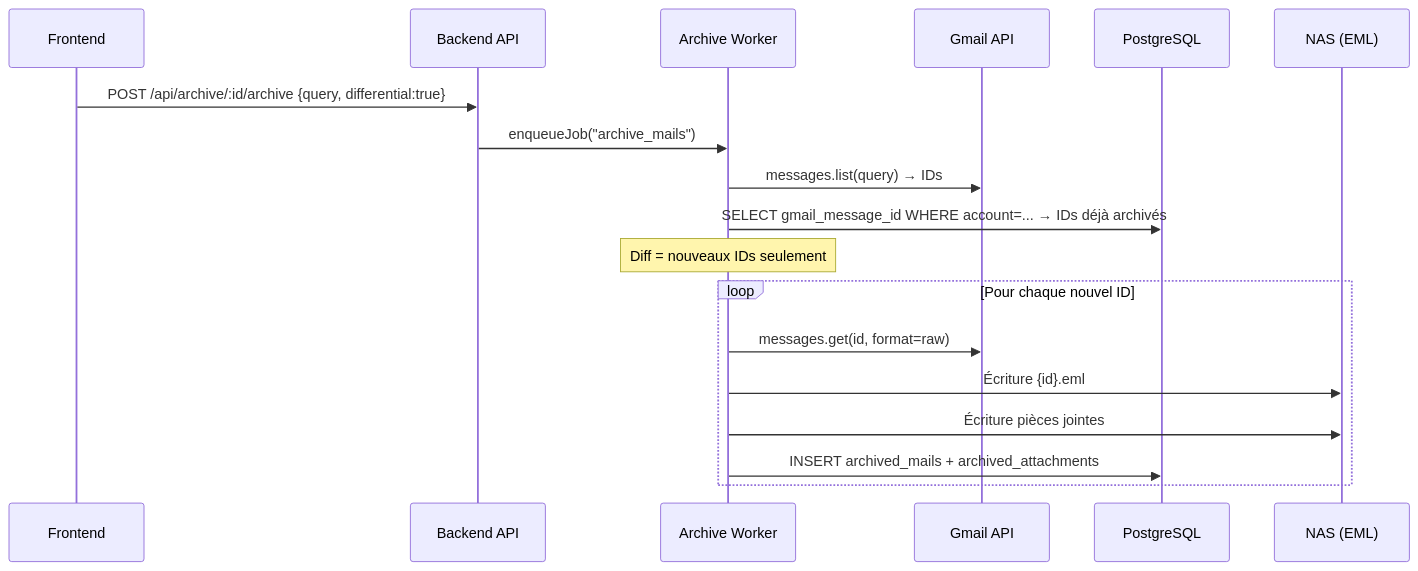
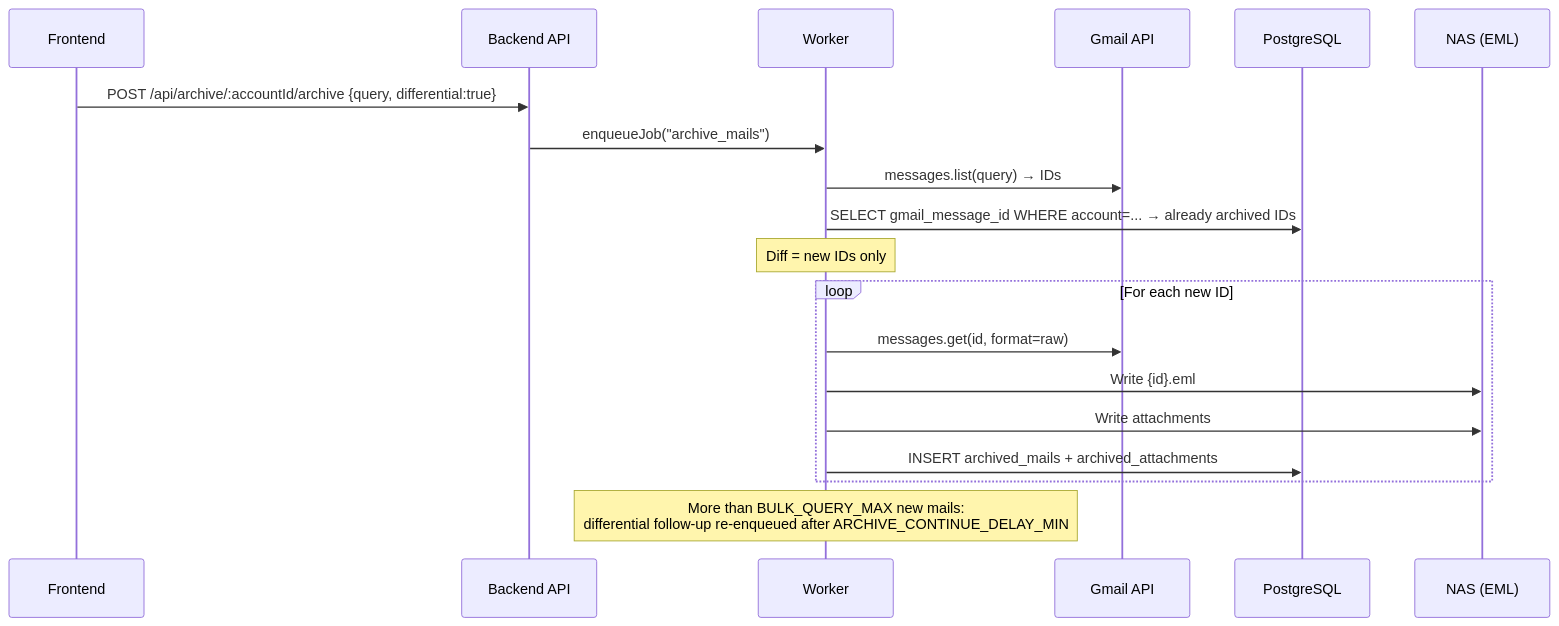
One commit to Le-Nid/nid changed the third of 4 diagrams in docs/en/technical/overview.md. Above: the diagram before and after it, drawn with Mermaid. The commit also changed other lines of this file and 13 other files, not shown here.

First line of the commit message:
docs(technical): align architecture pages with the current code

````diff
--- a/docs/en/technical/overview.md
+++ b/docs/en/technical/overview.md
@@ -68,23 +72,24 @@
 ```mermaid
 sequenceDiagram
     participant UI as Frontend
     participant API as Backend API
-    participant Worker as Archive Worker
+    participant Worker as Worker
     participant Gmail as Gmail API
     participant PG as PostgreSQL
     participant NAS as NAS (EML)
 
-    UI->>API: POST /api/archive/:id/archive {query, differential:true}
+    UI->>API: POST /api/archive/:accountId/archive {query, differential:true}
     API->>Worker: enqueueJob("archive_mails")
-    
+
     Worker->>Gmail: messages.list(query) → IDs
-    Worker->>PG: SELECT gmail_message_id WHERE account=... → IDs déjà archivés
-    Note over Worker: Diff = nouveaux IDs seulement
-    
-    loop Pour chaque nouvel ID
+    Worker->>PG: SELECT gmail_message_id WHERE account=... → already archived IDs
+    Note over Worker: Diff = new IDs only
+
+    loop For each new ID
         Worker->>Gmail: messages.get(id, format=raw)
-        Worker->>NAS: Écriture {id}.eml
-        Worker->>NAS: Écriture pièces jointes
+        Worker->>NAS: Write {id}.eml
+        Worker->>NAS: Write attachments
         Worker->>PG: INSERT archived_mails + archived_attachments
     end
+    Note over Worker: More than BULK_QUERY_MAX new mails:<br/>differential follow-up re-enqueued after ARCHIVE_CONTINUE_DELAY_MIN
 ```
````
